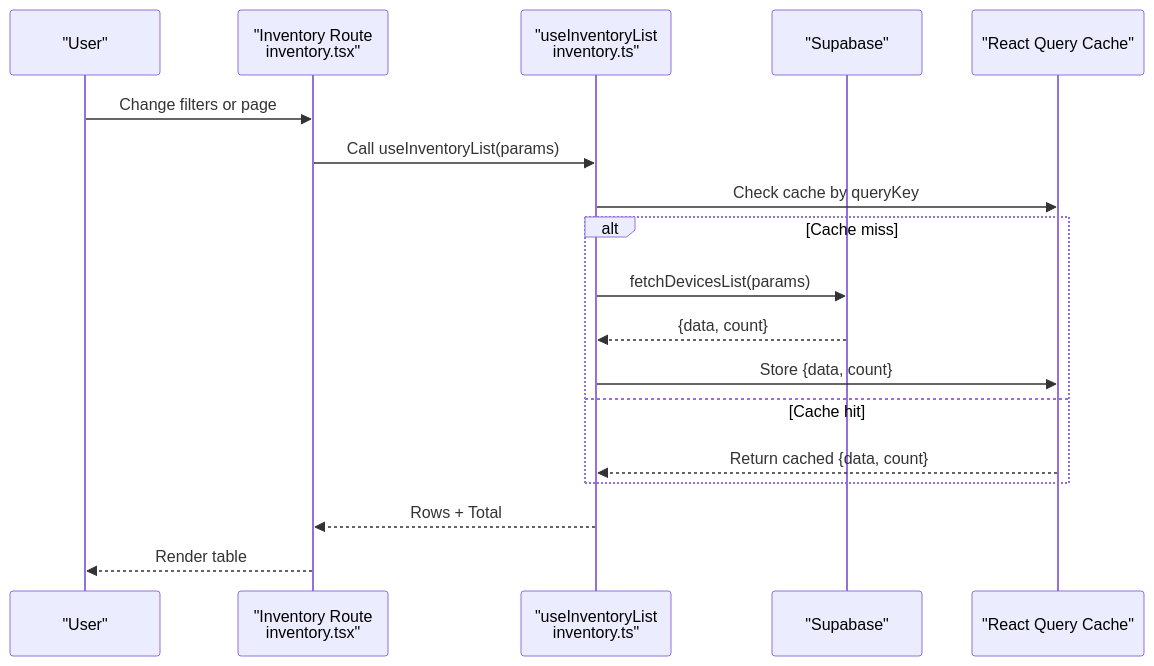
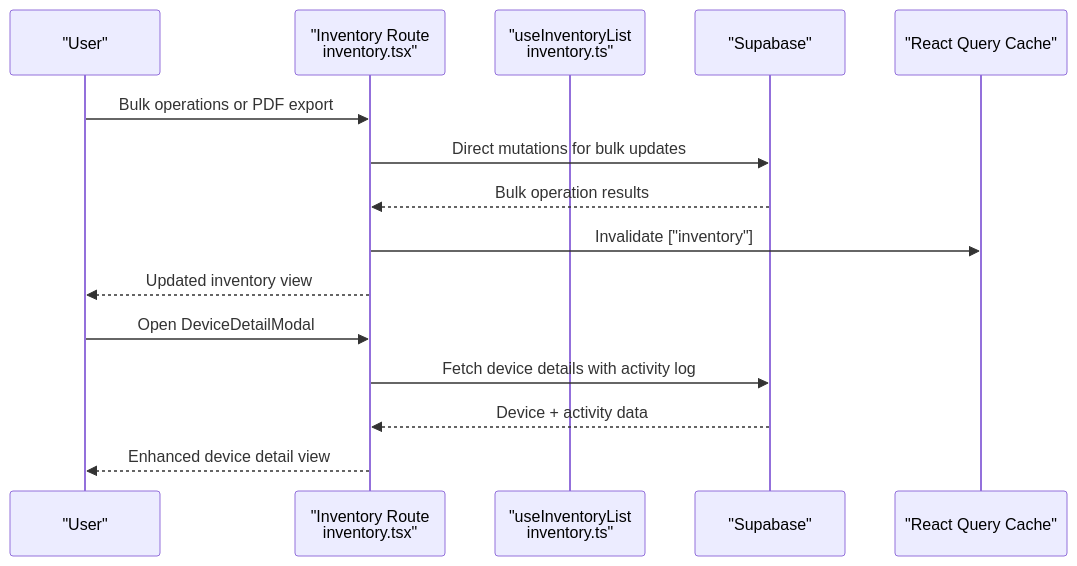
The second of 11 diagrams in .qoder/repowiki/en/content/Device Management System/Device Inventory Tracking.md (gastaldellomarco/pcReady), drawn with Mermaid before and after one commit. The commit also changed other lines of this file and 5 other files, not shown here.

````diff
--- a/.qoder/repowiki/en/content/Device Management System/Device Inventory Tracking.md
+++ b/.qoder/repowiki/en/content/Device Management System/Device Inventory Tracking.md
@@ -120,20 +161,17 @@
 ```mermaid
 sequenceDiagram
 participant U as "User"
 participant R as "Inventory Route<br/>inventory.tsx"
 participant Q as "useInventoryList<br/>inventory.ts"
 participant S as "Supabase"
 participant C as "React Query Cache"
-U->>R : Change filters or page
-R->>Q : Call useInventoryList(params)
-Q->>C : Check cache by queryKey
-alt Cache miss
-Q->>S : fetchDevicesList(params)
-S-->>Q : {data, count}
-Q->>C : Store {data, count}
-else Cache hit
-C-->>Q : Return cached {data, count}
-end
-Q-->>R : Rows + Total
-R-->>U : Render table
+U->>R : Bulk operations or PDF export
+R->>S : Direct mutations for bulk updates
+S-->>R : Bulk operation results
+R->>C : Invalidate ["inventory"]
+R-->>U : Updated inventory view
+U->>R : Open DeviceDetailModal
+R->>S : Fetch device details with activity log
+S-->>R : Device + activity data
+R-->>U : Enhanced device detail view
 ```
````
